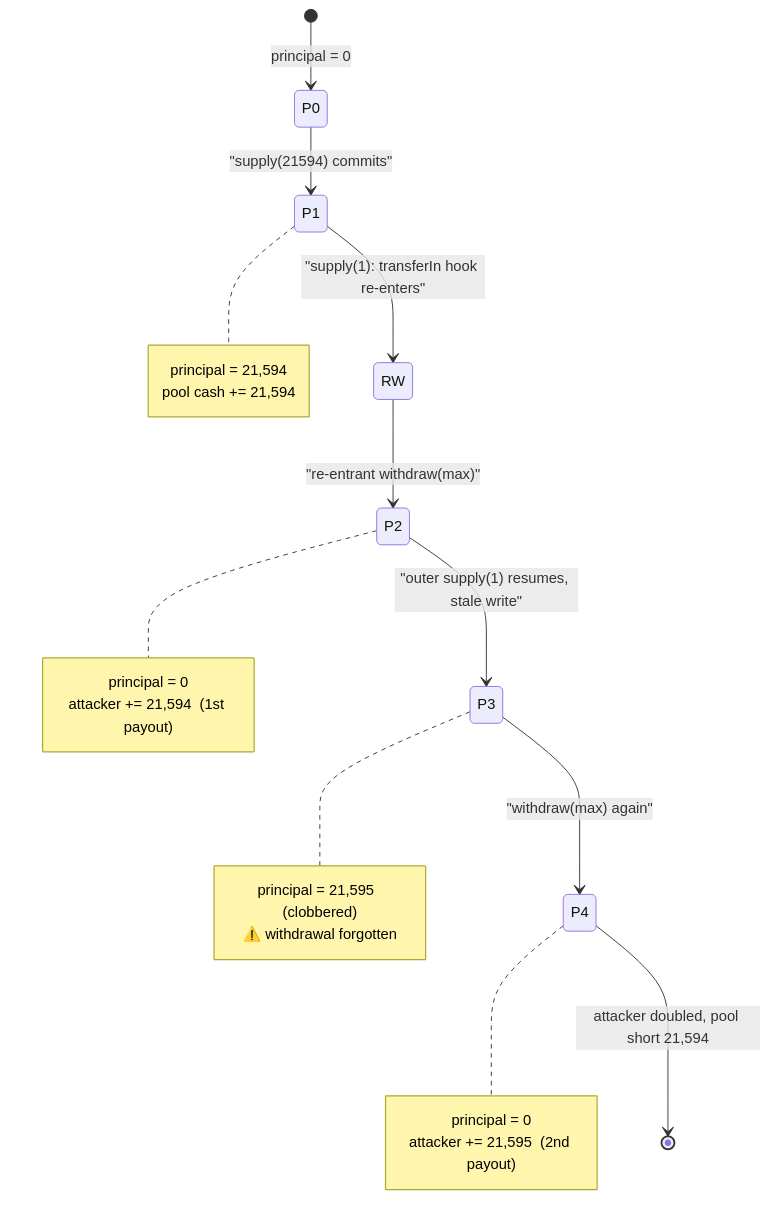
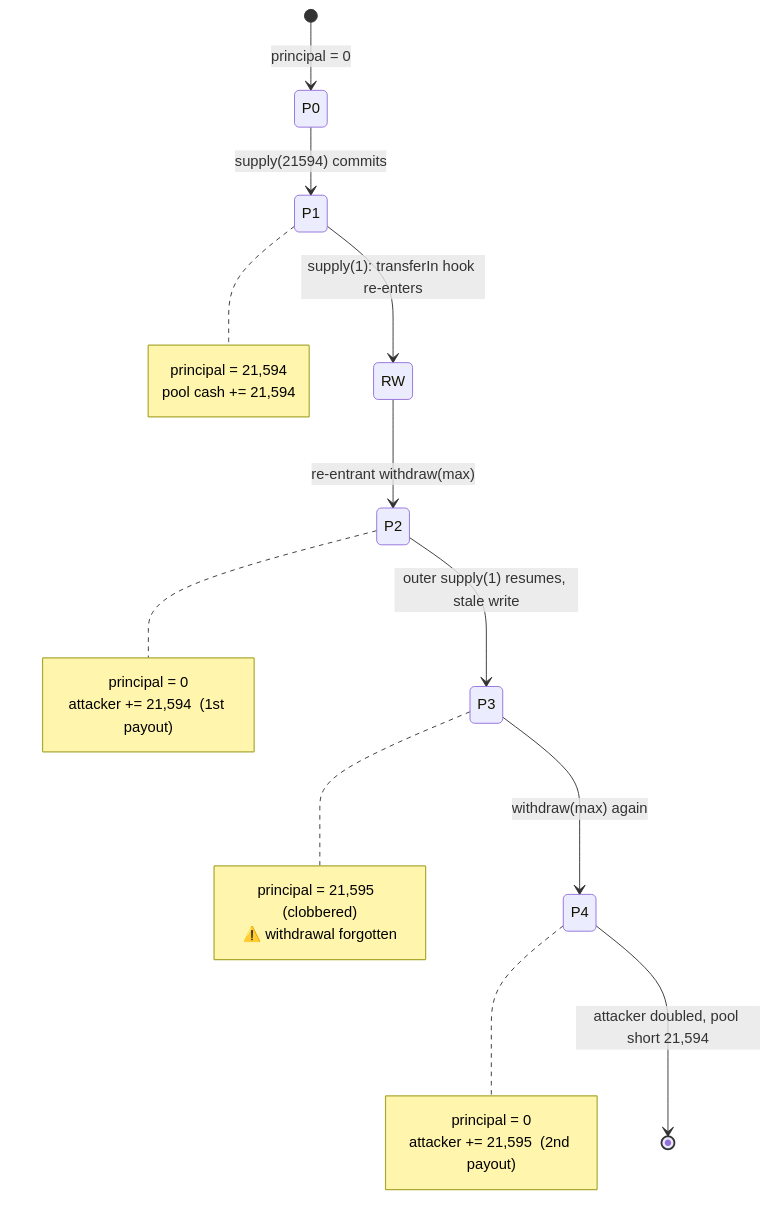
One commit to sanbir/evm-hack-registry changed the third of 3 diagrams in 2020-04-LendfMe_exp/LendfMe_exp.md. Above: the diagram before and after it, drawn with Mermaid. The commit also changed 280 other files, not shown here.

Commit message:
mermaid fixes

````diff
--- a/2020-04-LendfMe_exp/LendfMe_exp.md
+++ b/2020-04-LendfMe_exp/LendfMe_exp.md
@@ -326,26 +326,26 @@
 ```mermaid
 stateDiagram-v2
     [*] --> P0: principal = 0
-    P0 --> P1: "supply(21594) commits"
+    P0 --> P1: supply(21594) commits
     note right of P1
       principal = 21,594
       pool cash += 21,594
     end note
-    P1 --> RW: "supply(1): transferIn hook re-enters"
-    RW --> P2: "re-entrant withdraw(max)"
+    P1 --> RW: supply(1)#58; transferIn hook re-enters
+    RW --> P2: re-entrant withdraw(max)
     note right of P2
       principal = 0
       attacker += 21,594  (1st payout)
     end note
-    P2 --> P3: "outer supply(1) resumes, stale write"
+    P2 --> P3: outer supply(1) resumes, stale write
     note right of P3
       principal = 21,595  (clobbered)
       ⚠️ withdrawal forgotten
     end note
-    P3 --> P4: "withdraw(max) again"
+    P3 --> P4: withdraw(max) again
     note right of P4
       principal = 0
       attacker += 21,595  (2nd payout)
     end note
     P4 --> [*]: attacker doubled, pool short 21,594
 ```
````
